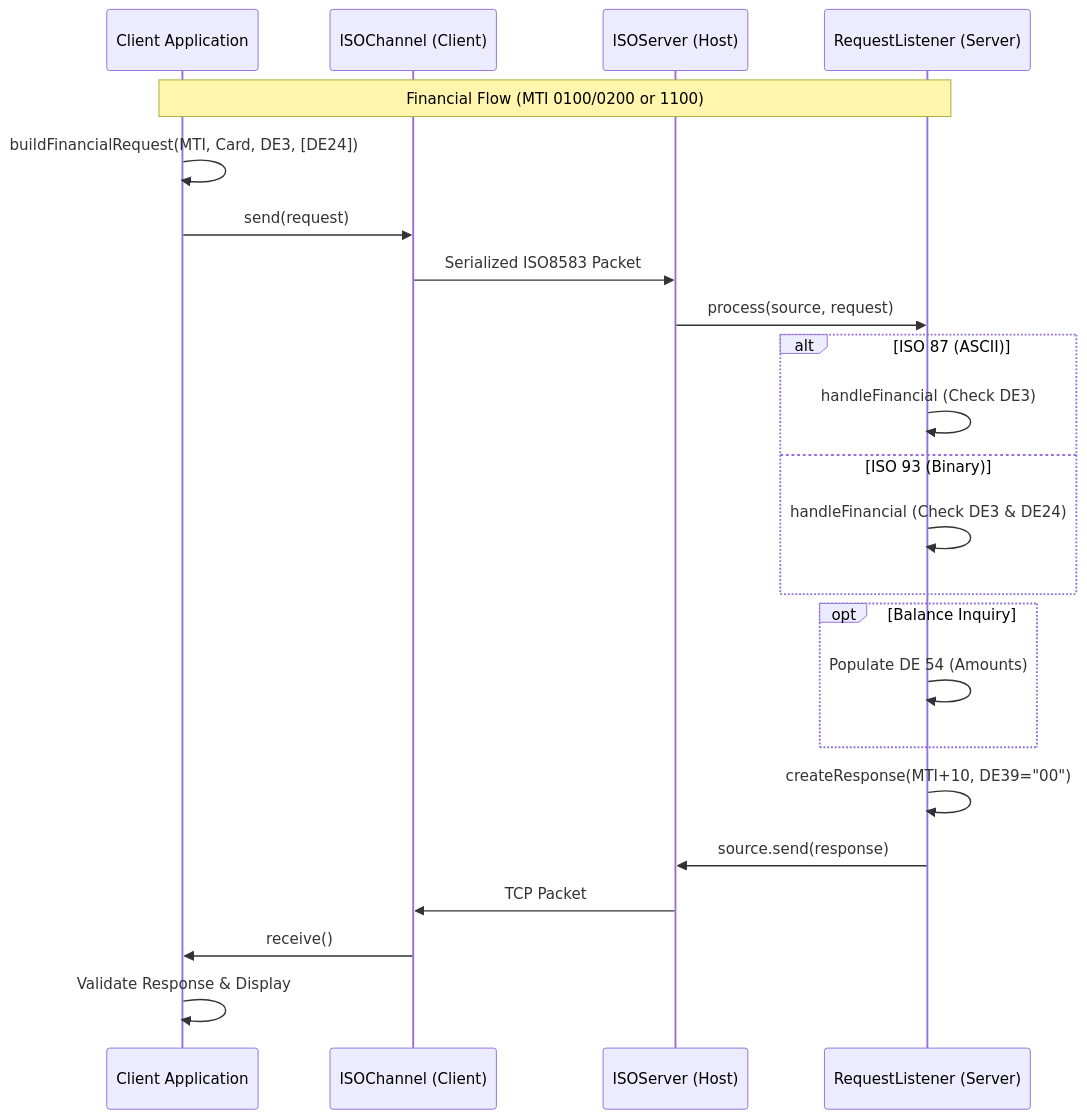
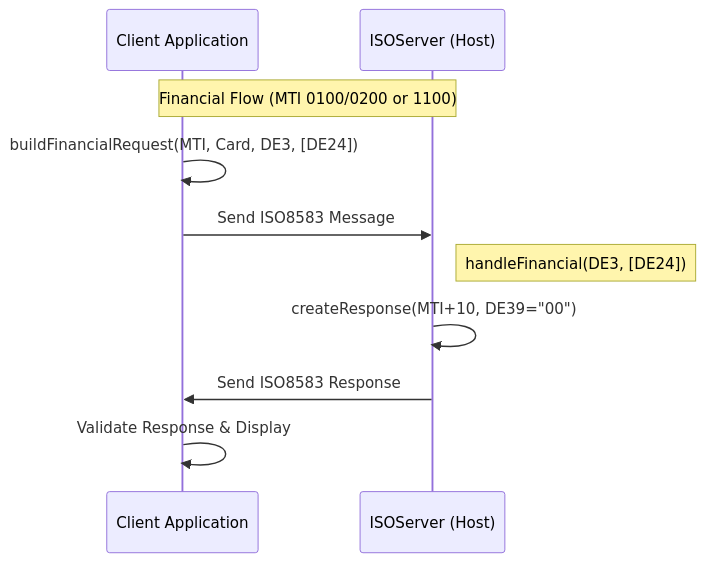
The second of 3 diagrams in walkthrough.md (prem-pranav/jpos-simulator), drawn with Mermaid before and after one commit. The commit also changed other lines of this file, not shown here.

Commit message:
Simplified transaction flow diagrams

````diff
--- a/walkthrough.md
+++ b/walkthrough.md
@@ -62,30 +53,16 @@
 ```mermaid
 sequenceDiagram
     participant C as Client Application
-    participant CH as ISOChannel (Client)
     participant S as ISOServer (Host)
-    participant L as RequestListener (Server)
 
-    Note over C, L: Financial Flow (MTI 0100/0200 or 1100)
+    Note over C, S: Financial Flow (MTI 0100/0200 or 1100)
 
     C->>C: buildFinancialRequest(MTI, Card, DE3, [DE24])
-    C->>CH: send(request)
-    CH->>S: Serialized ISO8583 Packet
-    S->>L: process(source, request)
+    C->>S: Send ISO8583 Message
     
-    ALT ISO 87 (ASCII)
-        L->>L: handleFinancial (Check DE3)
-    ELSE ISO 93 (Binary)
-        L->>L: handleFinancial (Check DE3 & DE24)
-    END
+    Note right of S: handleFinancial(DE3, [DE24])
 
-    OPT Balance Inquiry
-        L->>L: Populate DE 54 (Amounts)
-    END
-
-    L->>L: createResponse(MTI+10, DE39="00")
-    L->>S: source.send(response)
-    S->>CH: TCP Packet
-    CH->>C: receive()
+    S->>S: createResponse(MTI+10, DE39="00")
+    S->>C: Send ISO8583 Response
     C->>C: Validate Response & Display
 ```
````
